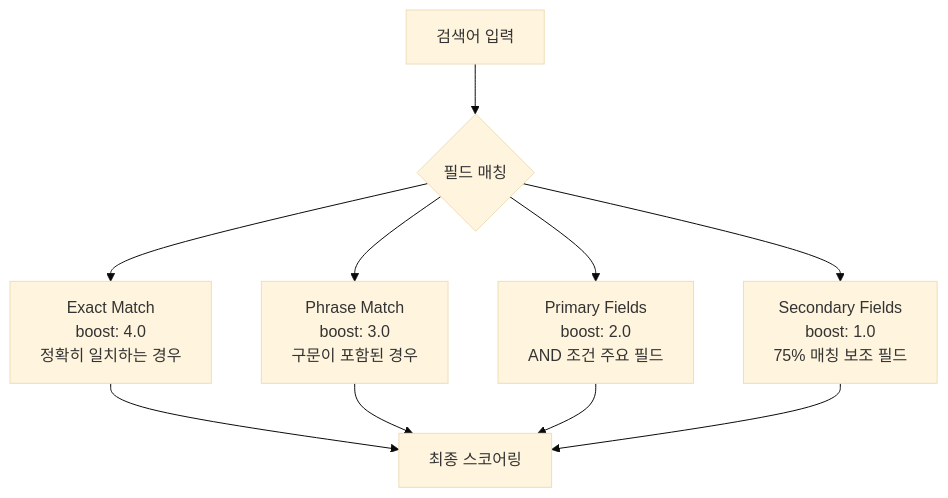
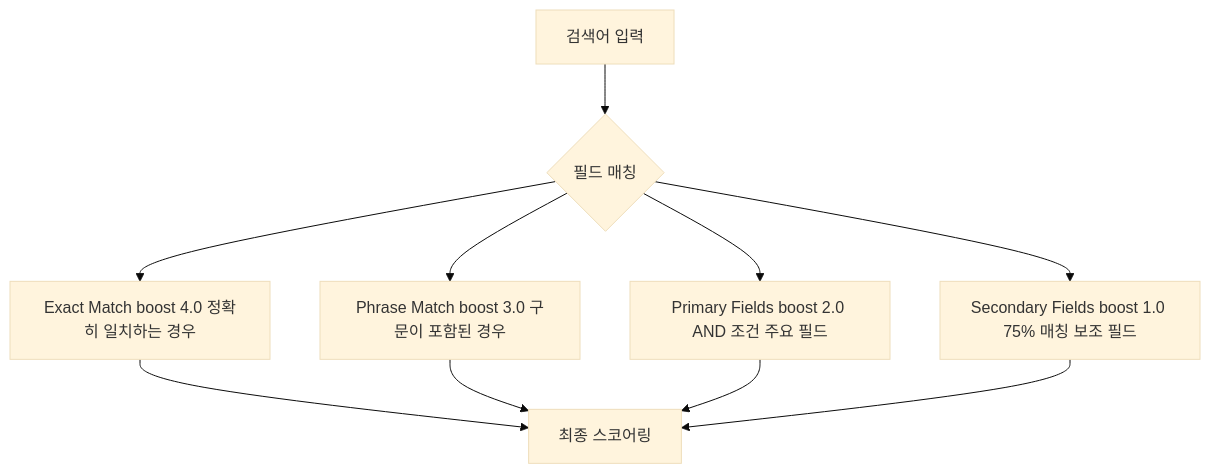
One commit to SonAIengine/sonblog changed the first of 3 diagrams in docs/search-engine/Rust 검색 엔진/Axum-OpenSearch-Rust-검색-API-아키텍처-설계.md. Above: the diagram before and after it, drawn with Mermaid (base theme). The commit also changed other lines of this file and 10 other files, not shown here.

Commit message:
mermaid 다이어그램 전체 수정: mermaid 11.x 호환성 문제 해결

````diff
--- a/docs/search-engine/Rust 검색 엔진/Axum-OpenSearch-Rust-검색-API-아키텍처-설계.md
+++ b/docs/search-engine/Rust 검색 엔진/Axum-OpenSearch-Rust-검색-API-아키텍처-설계.md
@@ -125,12 +125,12 @@
 ```mermaid
-graph TD
-    A[검색어 입력] --> B{필드 매칭}
-    B --> C[Exact Match<br/>boost: 4.0<br/>정확히 일치하는 경우]
-    B --> D[Phrase Match<br/>boost: 3.0<br/>구문이 포함된 경우]
-    B --> E[Primary Fields<br/>boost: 2.0<br/>AND 조건 주요 필드]
-    B --> F[Secondary Fields<br/>boost: 1.0<br/>75% 매칭 보조 필드]
+flowchart TD
+    A[검색어 입력] --> B{"필드 매칭"}
+    B --> C["Exact Match boost 4.0 정확히 일치하는 경우"]
+    B --> D["Phrase Match boost 3.0 구문이 포함된 경우"]
+    B --> E["Primary Fields boost 2.0 AND 조건 주요 필드"]
+    B --> F["Secondary Fields boost 1.0 75% 매칭 보조 필드"]
     C --> G[최종 스코어링]
     D --> G
     E --> G
     F --> G
 ```
````
